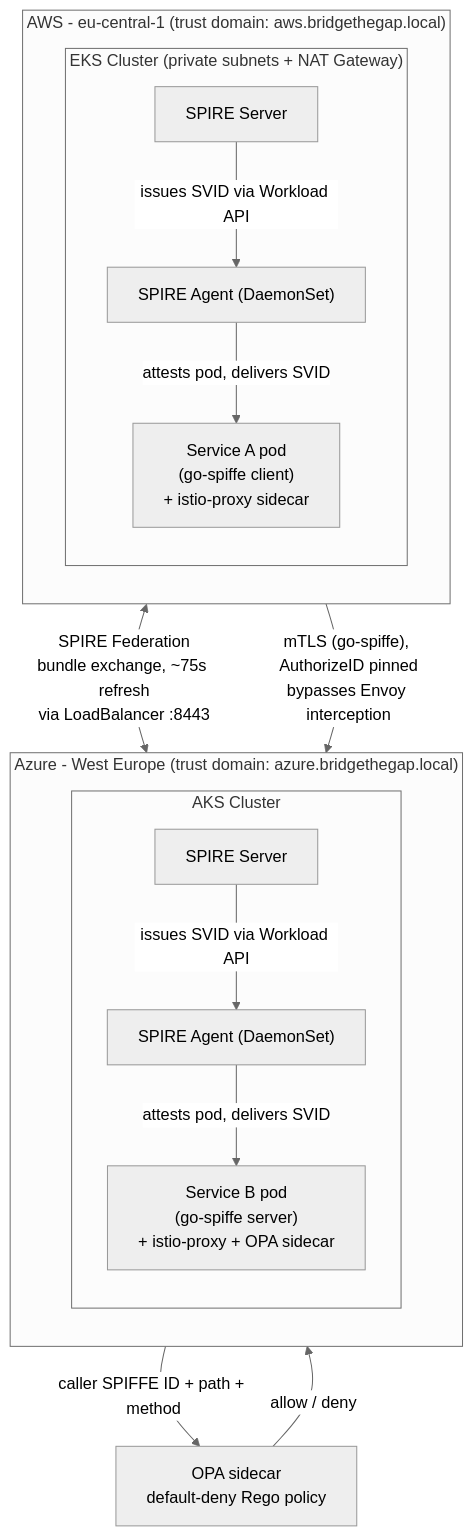
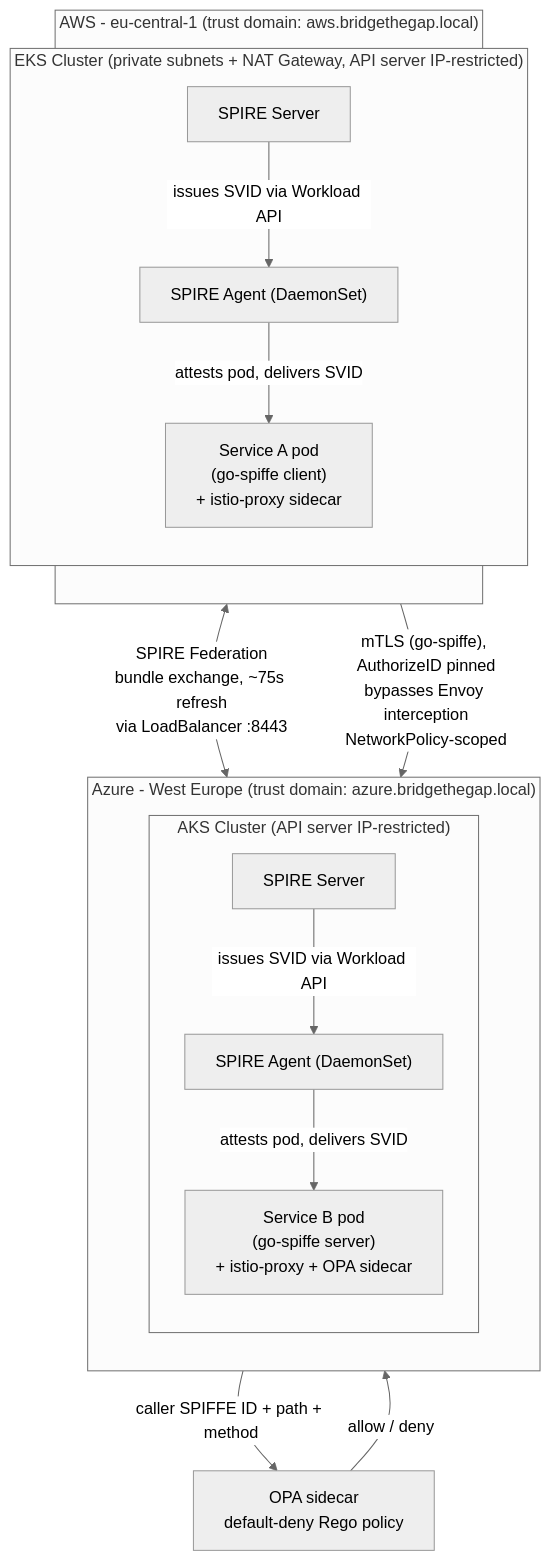
The first of 2 diagrams in README.md (VladvonTranssylvanien/bridge-the-gap), drawn with Mermaid (neutral theme) before and after one commit. The commit also changed other lines of this file, not shown here.

````diff
--- a/README.md
+++ b/README.md
@@ -44,30 +54,30 @@
 ```mermaid
 flowchart TB
     subgraph AWS["AWS - eu-central-1 (trust domain: aws.bridgethegap.local)"]
         direction TB
-        subgraph EKS["EKS Cluster (private subnets + NAT Gateway)"]
+        subgraph EKS["EKS Cluster (private subnets + NAT Gateway, API server IP-restricted)"]
             SSA["SPIRE Server"]
             SAA["SPIRE Agent (DaemonSet)"]
             SvcA["Service A pod<br/>(go-spiffe client)<br/>+ istio-proxy sidecar"]
             SSA -->|"issues SVID via Workload API"| SAA
             SAA -->|"attests pod, delivers SVID"| SvcA
         end
     end
 
     subgraph Azure["Azure - West Europe (trust domain: azure.bridgethegap.local)"]
         direction TB
-        subgraph AKS["AKS Cluster"]
+        subgraph AKS["AKS Cluster (API server IP-restricted)"]
             SSB["SPIRE Server"]
             SAB["SPIRE Agent (DaemonSet)"]
             SvcB["Service B pod<br/>(go-spiffe server)<br/>+ istio-proxy + OPA sidecar"]
             SSB -->|"issues SVID via Workload API"| SAB
             SAB -->|"attests pod, delivers SVID"| SvcB
         end
     end
 
     SSA <-->|"SPIRE Federation<br/>bundle exchange, ~75s refresh<br/>via LoadBalancer :8443"| SSB
 
-    SvcA -->|"mTLS (go-spiffe), AuthorizeID pinned<br/>bypasses Envoy interception"| SvcB
+    SvcA -->|"mTLS (go-spiffe), AuthorizeID pinned<br/>bypasses Envoy interception<br/>NetworkPolicy-scoped"| SvcB
     SvcB -->|"caller SPIFFE ID + path + method"| OPA["OPA sidecar<br/>default-deny Rego policy"]
     OPA -->|"allow / deny"| SvcB
 ```
````
